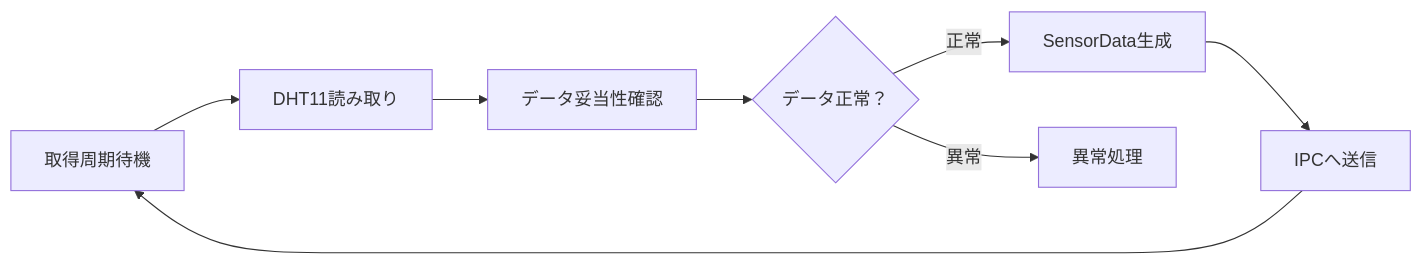
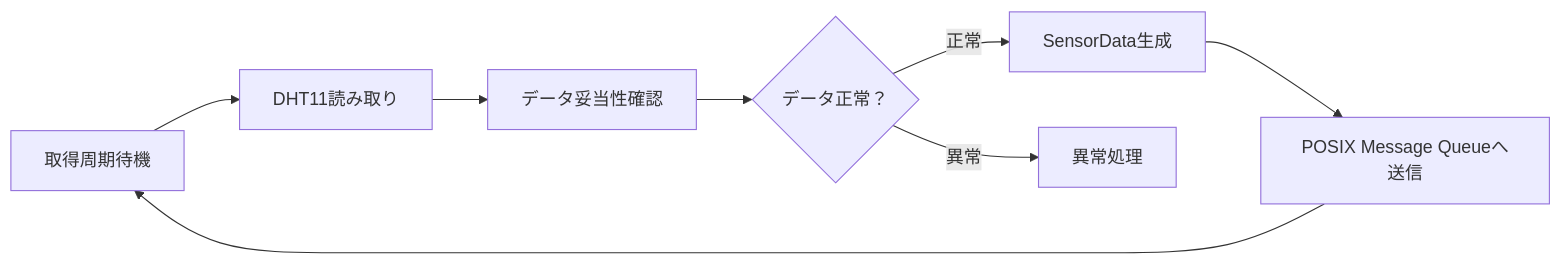
The eighth of 15 diagrams in docs/04_data_ipc_communication.md (yujimasuda77777/Raspberry_Pi_4B_Edge_IoT_System), drawn with Mermaid before and after one commit. The commit also changed other lines of this file and 1 other file, not shown here.

````diff
--- a/docs/04_data_ipc_communication.md
+++ b/docs/04_data_ipc_communication.md
@@ -506,18 +516,18 @@
 ```mermaid
 flowchart LR
     Wait["取得周期待機"]
     Read["DHT11読み取り"]
     Check["データ妥当性確認"]
     Valid{"データ正常？"}
     Create["SensorData生成"]
-    Send["IPCへ送信"]
+    Send["POSIX Message Queueへ送信"]
     Error["異常処理"]
 
     Wait --> Read
     Read --> Check
     Check --> Valid
     Valid -->|正常| Create
     Valid -->|異常| Error
     Create --> Send
     Send --> Wait
 ```
````
